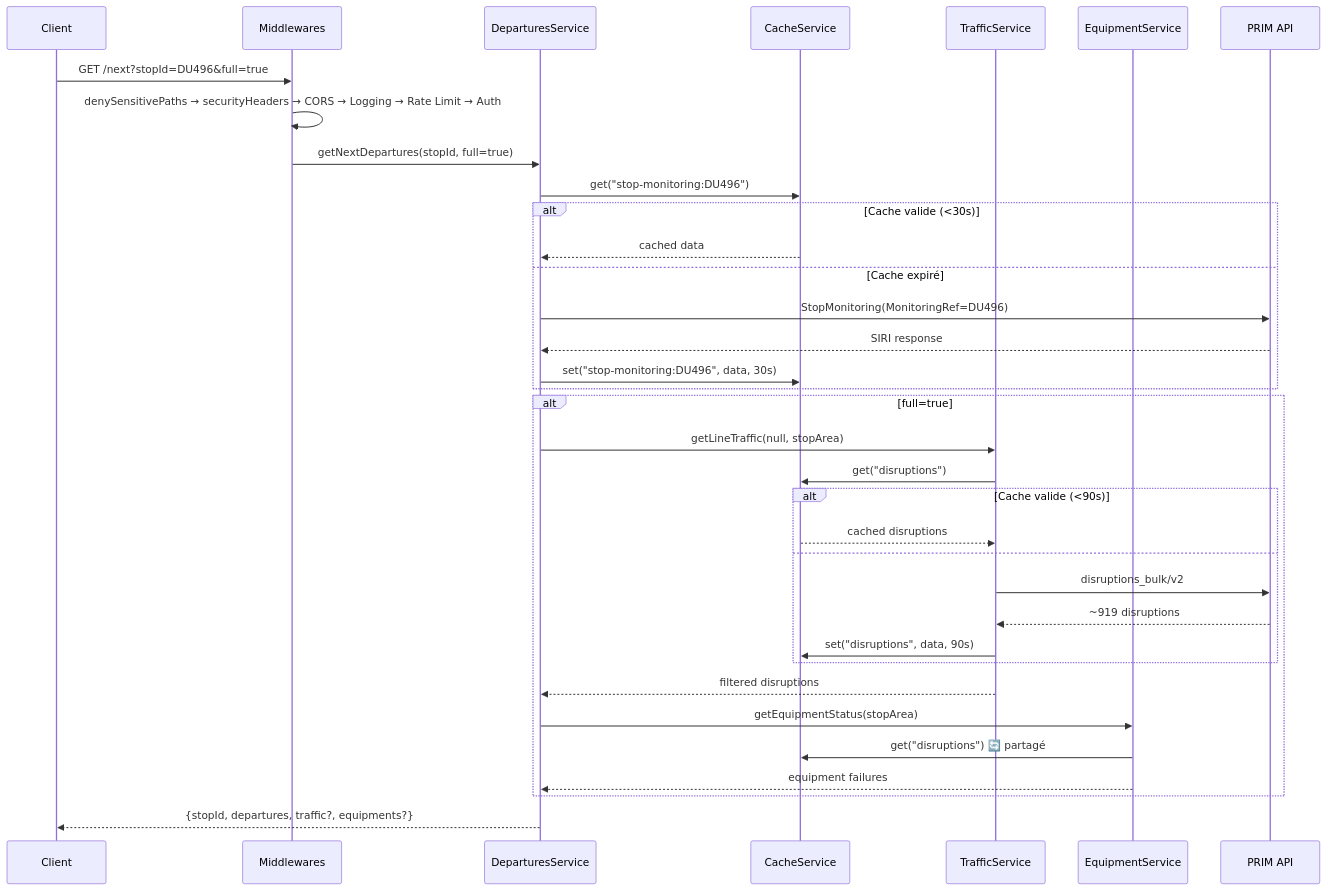
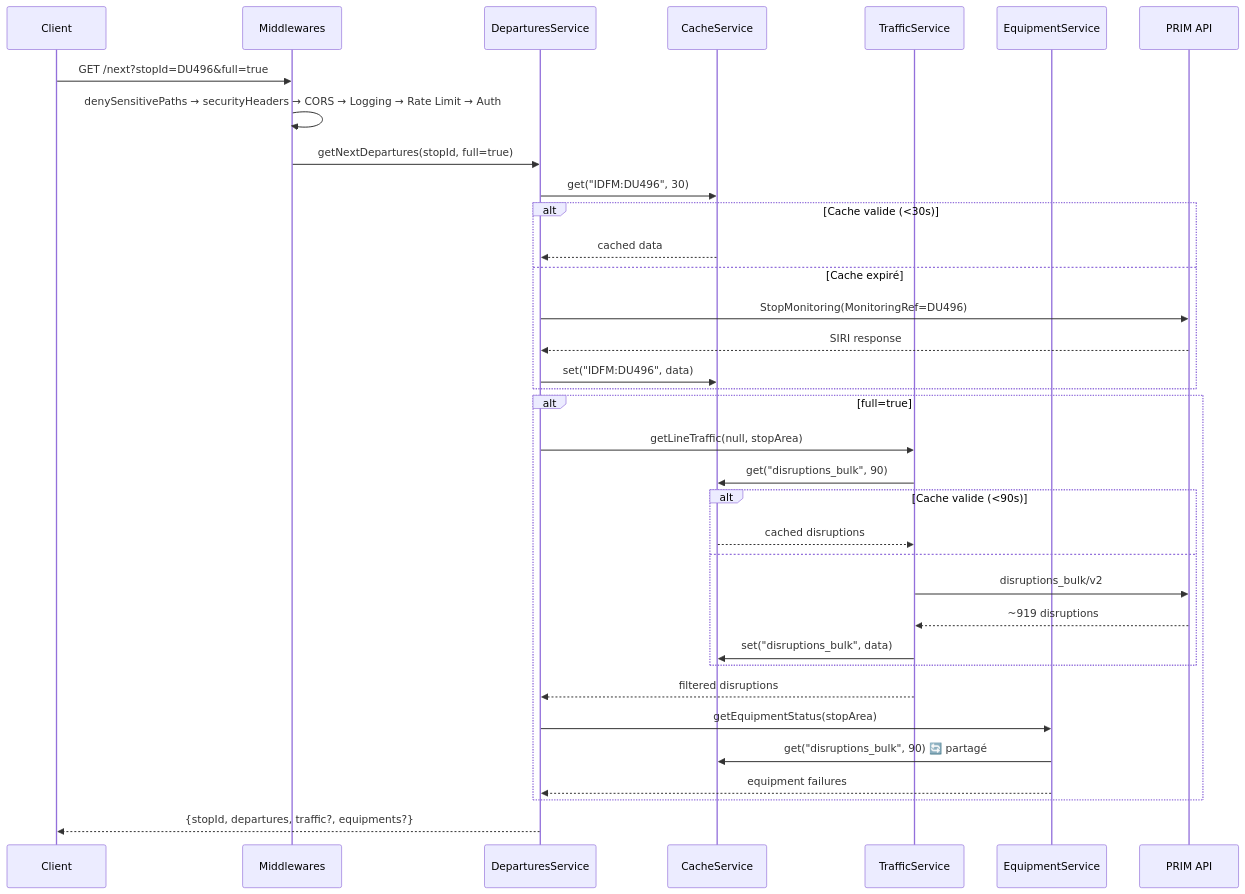
Before and after one commit to leolesimple/HORIZN: the second of 3 diagrams in docs/ARCHITECTURE.md, drawn with Mermaid. The commit also changed other lines of this file, not shown here.

Commit message:
docs(architecture): aligner clés de cache et stockage sur SQLite

````diff
--- a/docs/ARCHITECTURE.md
+++ b/docs/ARCHITECTURE.md
@@ -120,42 +120,42 @@
 ```mermaid
 sequenceDiagram
     participant C as Client
     participant SEC as Middlewares
     participant DS as DeparturesService
     participant CS as CacheService
     participant TS as TrafficService
     participant ES as EquipmentService
     participant P as PRIM API
 
     C->>SEC: GET /next?stopId=DU496&full=true
     SEC->>SEC: denySensitivePaths → securityHeaders → CORS → Logging → Rate Limit → Auth
     SEC->>DS: getNextDepartures(stopId, full=true)
     
-    DS->>CS: get("stop-monitoring:DU496")
+    DS->>CS: get("IDFM:DU496", 30)
     alt Cache valide (<30s)
         CS-->>DS: cached data
     else Cache expiré
         DS->>P: StopMonitoring(MonitoringRef=DU496)
         P-->>DS: SIRI response
-        DS->>CS: set("stop-monitoring:DU496", data, 30s)
+        DS->>CS: set("IDFM:DU496", data)
     end
 
     alt full=true
         DS->>TS: getLineTraffic(null, stopArea)
-        TS->>CS: get("disruptions")
+        TS->>CS: get("disruptions_bulk", 90)
         alt Cache valide (<90s)
             CS-->>TS: cached disruptions
         else
             TS->>P: disruptions_bulk/v2
             P-->>TS: ~919 disruptions
-            TS->>CS: set("disruptions", data, 90s)
+            TS->>CS: set("disruptions_bulk", data)
         end
         TS-->>DS: filtered disruptions
         
         DS->>ES: getEquipmentStatus(stopArea)
-        ES->>CS: get("disruptions") 🔄 partagé
+        ES->>CS: get("disruptions_bulk", 90) 🔄 partagé
         ES-->>DS: equipment failures
     end
 
     DS-->>C: {stopId, departures, traffic?, equipments?}
 ```
````
